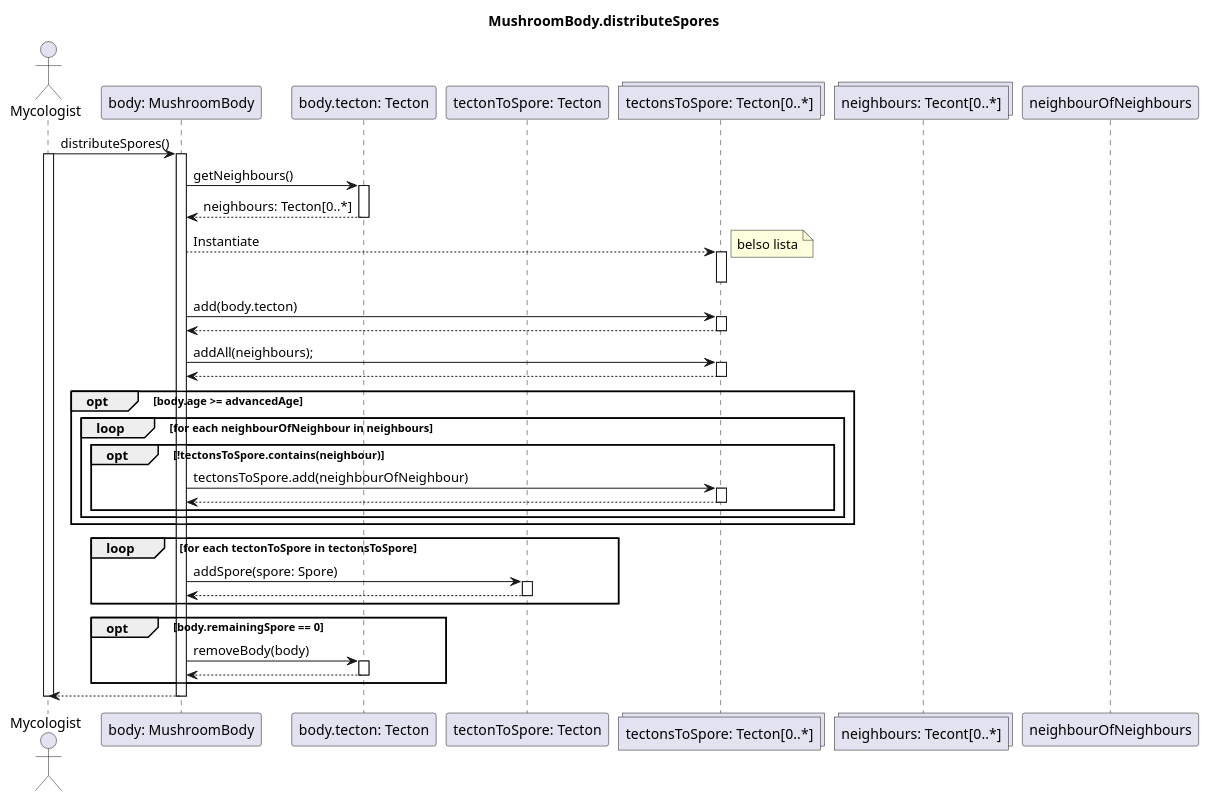
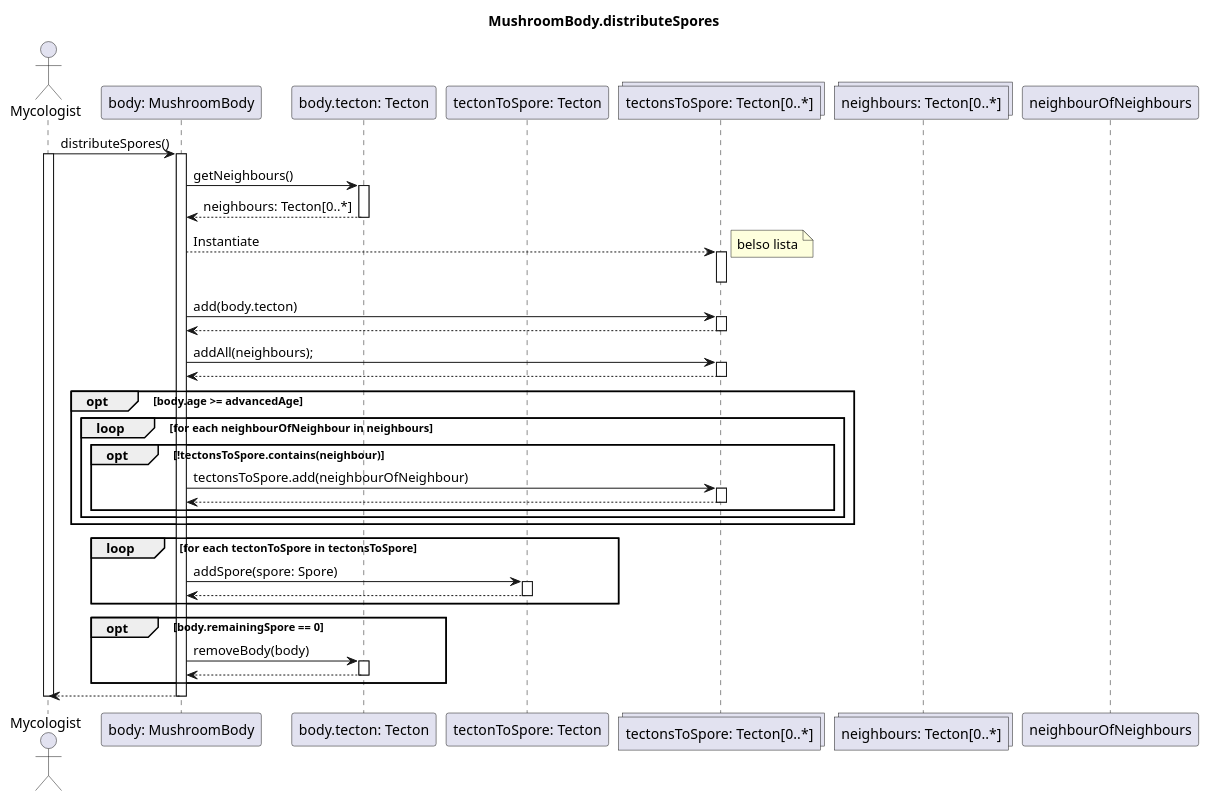
One commit to dzsem/projlab changed the diagram in diagrams/sequence/mushroom/mushroom_body/distributeSpore.wsd. Above: the diagram before and after it, drawn with PlantUML. The commit also changed 3 other files, not shown here.

```diff
--- a/diagrams/sequence/mushroom/mushroom_body/distributeSpore.wsd
+++ b/diagrams/sequence/mushroom/mushroom_body/distributeSpore.wsd
@@ -1,69 +1,69 @@
 @startuml DistributeSpore
 title MushroomBody.distributeSpores
 
 actor "Mycologist" as mycologist
 participant "body: MushroomBody" as body
 participant "body.tecton: Tecton" as tecton
 participant "tectonToSpore: Tecton" as tectonToSpore
 collections "tectonsToSpore: Tecton[0..*]" as tectons 
 
-collections "neighbours: Tecont[0..*]"
+collections "neighbours: Tecton[0..*]"
 participant "neighbourOfNeighbours"
 
 mycologist -> body : distributeSpores()
 activate mycologist
 activate body
 
 body -> tecton : getNeighbours()
 
 activate tecton
 tecton --> body : neighbours: Tecton[0..*]
 deactivate tecton
 
 body --> tectons: Instantiate
 note right: belso lista
 activate tectons
 deactivate tectons
 
     
     body -> tectons: add(body.tecton)
     activate tectons
     tectons --> body
     deactivate tectons
     
     body -> tectons: addAll(neighbours);
     activate tectons
     tectons --> body
     deactivate tectons
 
     opt body.age >= advancedAge
         loop for each neighbourOfNeighbour in neighbours
             opt !tectonsToSpore.contains(neighbour)
                 body -> tectons: tectonsToSpore.add(neighbourOfNeighbour)
                 activate tectons
                 tectons --> body
                 deactivate tectons
             end
         end
     end
 
     loop for each tectonToSpore in tectonsToSpore
         body -> tectonToSpore : addSpore(spore: Spore)
         activate tectonToSpore
         tectonToSpore --> body 
         deactivate tectonToSpore
 
     end
 
     opt body.remainingSpore == 0
         body -> tecton : removeBody(body)
         activate tecton
         tecton --> body
         deactivate tecton
     end
 
 mycologist <-- body
 deactivate body
 deactivate mycologist
 
 @enduml
```
